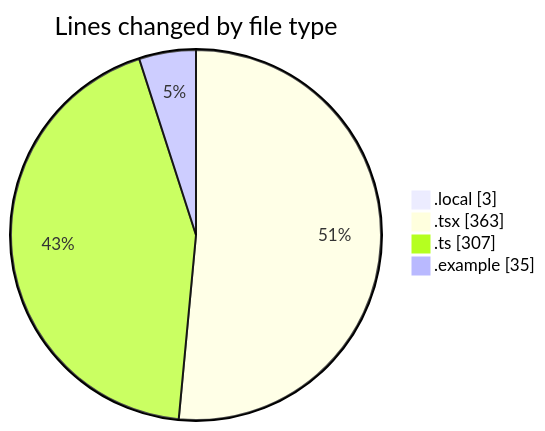
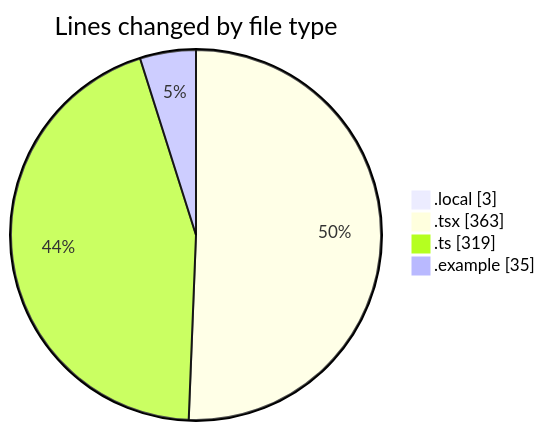
One commit to julien-gomy/code-tracking changed the first of 2 diagrams in 2025-11-20/eventscop-frontend-guide__workspace_/README.md. Above: the diagram before and after it, drawn with Mermaid. The commit also changed other lines of this file and 1 other file, not shown here.

````diff
--- a/2025-11-20/eventscop-frontend-guide__workspace_/README.md
+++ b/2025-11-20/eventscop-frontend-guide__workspace_/README.md
@@ -31,8 +31,8 @@
 ```mermaid
 pie showData
 title Lines changed by file type
 ".local" : 3
 ".tsx" : 363
-".ts" : 307
+".ts" : 319
 ".example" : 35
 ```
````
